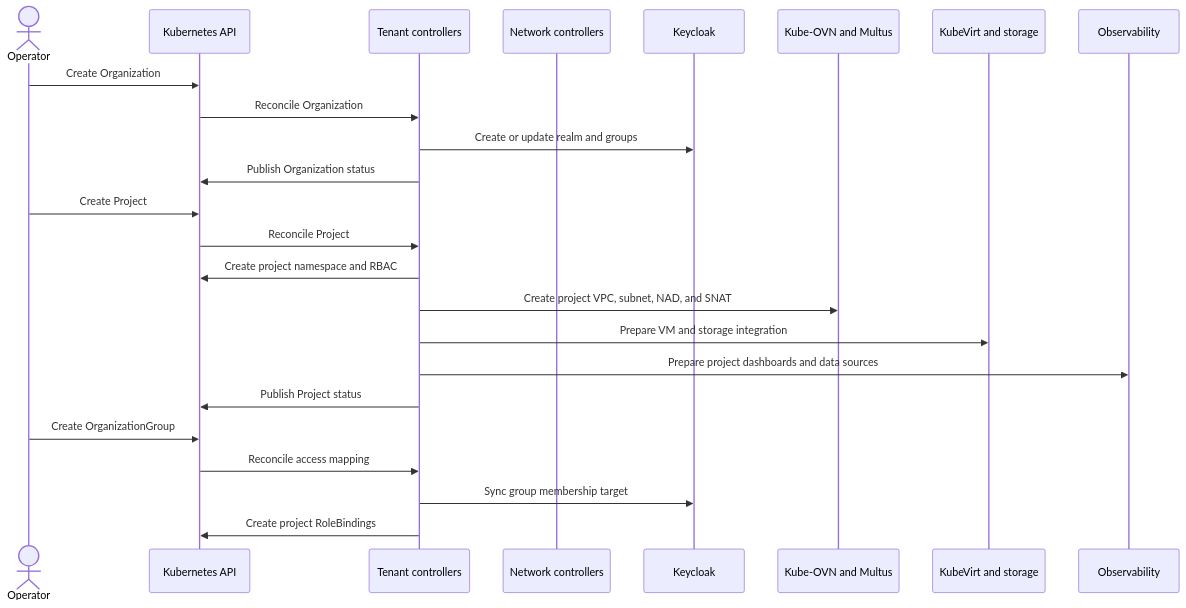
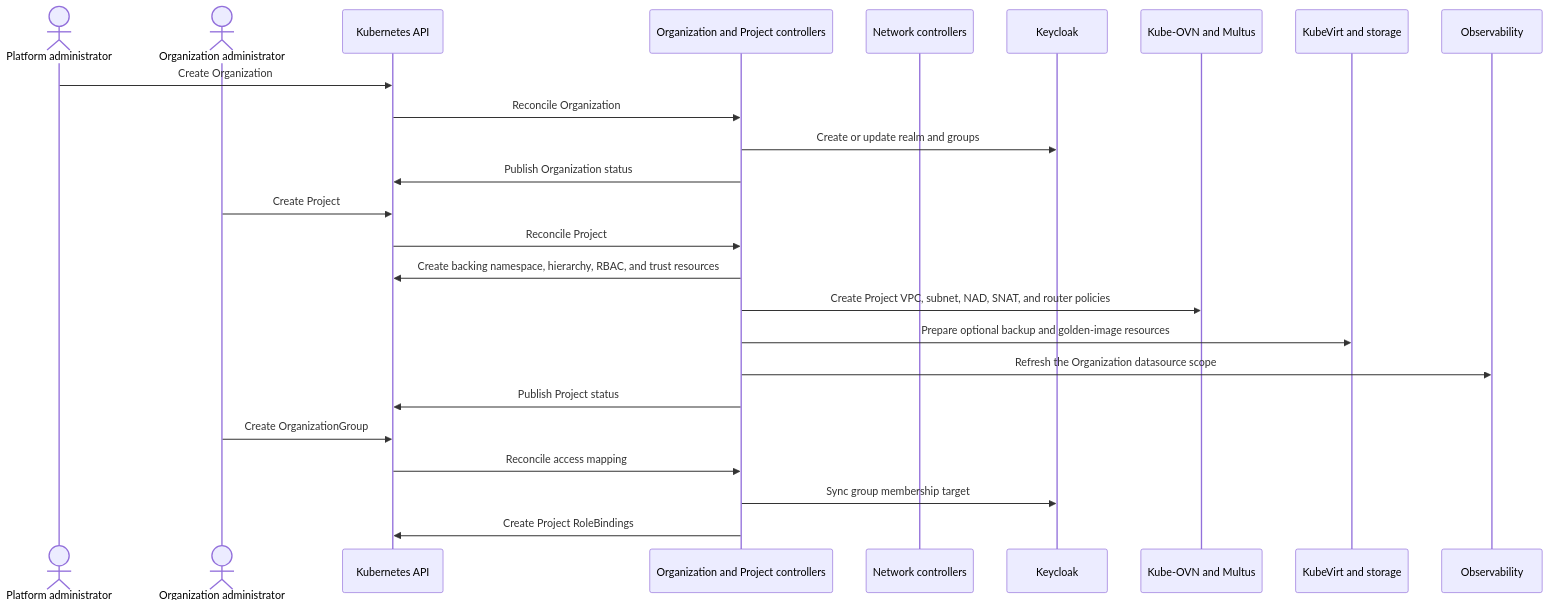
The second of 5 diagrams in docs/platform/controller-diagram.md (kube-dc/kube-dc-public), drawn with Mermaid before and after one commit. The commit also changed other lines of this file and 150 other files, not shown here.

First line of the commit message:
docs: publish unified product documentation

````diff
--- a/docs/platform/controller-diagram.md
+++ b/docs/platform/controller-diagram.md
@@ -84,29 +85,32 @@
 ```mermaid
 sequenceDiagram
-  actor Operator
+  accTitle: Project lifecycle reconciliation
+  accDescr: A platform administrator creates an Organization, an Organization administrator creates a Project, and controllers reconcile its identity, backing namespace, networking, quotas, and readiness.
+  actor PlatformAdmin as Platform administrator
+  actor OrgAdmin as Organization administrator
   participant API as Kubernetes API
-  participant Tenant as Tenant controllers
+  participant Product as Organization and Project controllers
   participant Network as Network controllers
   participant Identity as Keycloak
   participant OVN as Kube-OVN and Multus
   participant Virt as KubeVirt and storage
   participant Obs as Observability
 
-  Operator->>API: Create Organization
-  API->>Tenant: Reconcile Organization
-  Tenant->>Identity: Create or update realm and groups
-  Tenant->>API: Publish Organization status
+  PlatformAdmin->>API: Create Organization
+  API->>Product: Reconcile Organization
+  Product->>Identity: Create or update realm and groups
+  Product->>API: Publish Organization status
 
-  Operator->>API: Create Project
-  API->>Tenant: Reconcile Project
-  Tenant->>API: Create project namespace and RBAC
-  Tenant->>OVN: Create project VPC, subnet, NAD, and SNAT
-  Tenant->>Virt: Prepare VM and storage integration
-  Tenant->>Obs: Prepare project dashboards and data sources
-  Tenant->>API: Publish Project status
+  OrgAdmin->>API: Create Project
+  API->>Product: Reconcile Project
+  Product->>API: Create backing namespace, hierarchy, RBAC, and trust resources
+  Product->>OVN: Create Project VPC, subnet, NAD, SNAT, and router policies
+  Product->>Virt: Prepare optional backup and golden-image resources
+  Product->>Obs: Refresh the Organization datasource scope
+  Product->>API: Publish Project status
 
-  Operator->>API: Create OrganizationGroup
-  API->>Tenant: Reconcile access mapping
-  Tenant->>Identity: Sync group membership target
-  Tenant->>API: Create project RoleBindings
+  OrgAdmin->>API: Create OrganizationGroup
+  API->>Product: Reconcile access mapping
+  Product->>Identity: Sync group membership target
+  Product->>API: Create Project RoleBindings
 ```
````
